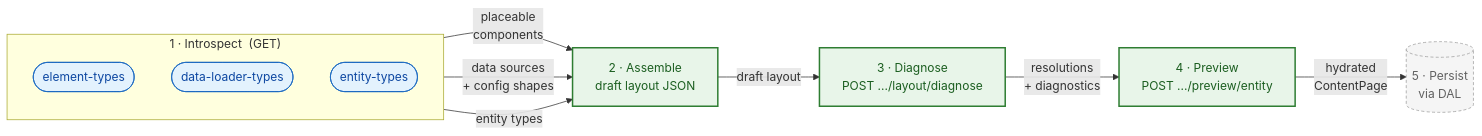
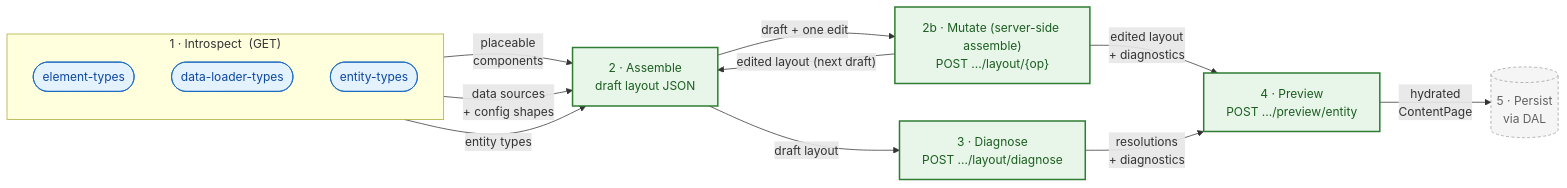
One commit to shopware/shopware changed the diagram in src/Core/Framework/ContentSystem/ADMINISTRATION.md. Above: the diagram before and after it, drawn with Mermaid. The commit also changed other lines of this file and 58 other files, not shown here.

````diff
--- a/src/Core/Framework/ContentSystem/ADMINISTRATION.md
+++ b/src/Core/Framework/ContentSystem/ADMINISTRATION.md
@@ -9,28 +9,32 @@
 ```mermaid
 graph LR
     subgraph INTRO["1 · Introspect &nbsp;(GET)"]
         direction TB
         E1(["element-types"])
         E2(["data-loader-types"])
         E3(["entity-types"])
     end
 
     A["2 · Assemble<br/>draft layout JSON"]
+    M["2b · Mutate (server-side assemble)<br/>POST .../layout/{op}"]
     D["3 · Diagnose<br/>POST .../layout/diagnose"]
     P["4 · Preview<br/>POST .../preview/entity"]
     R[("5 · Persist<br/>via DAL")]
 
     E1 -- "placeable<br/>components" --> A
     E2 -- "data sources<br/>+ config shapes" --> A
     E3 -- "entity types" --> A
     A -- "draft layout" --> D
+    A -- "draft + one edit" --> M
+    M -- "edited layout (next draft)" --> A
+    M -- "edited layout<br/>+ diagnostics" --> P
     D -- "resolutions<br/>+ diagnostics" --> P
     P -- "hydrated<br/>ContentPage" --> R
 
     classDef api fill:#e3f2fd,stroke:#1565c0,stroke-width:1px,color:#0d47a1
     classDef step fill:#e8f5e9,stroke:#2e7d32,stroke-width:2px,color:#1b5e20
     classDef oos fill:#f5f5f5,stroke:#9e9e9e,stroke-width:1px,stroke-dasharray:4 3,color:#616161
     class E1,E2,E3 api
-    class A,D,P step
+    class A,M,D,P step
     class R oos
 ```
````
